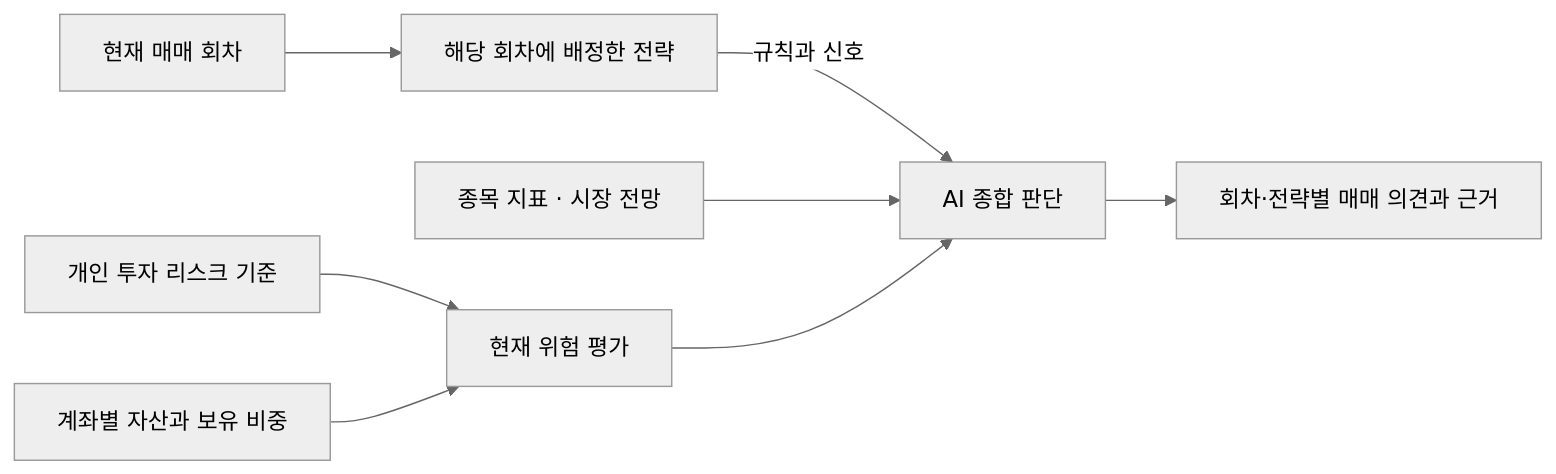
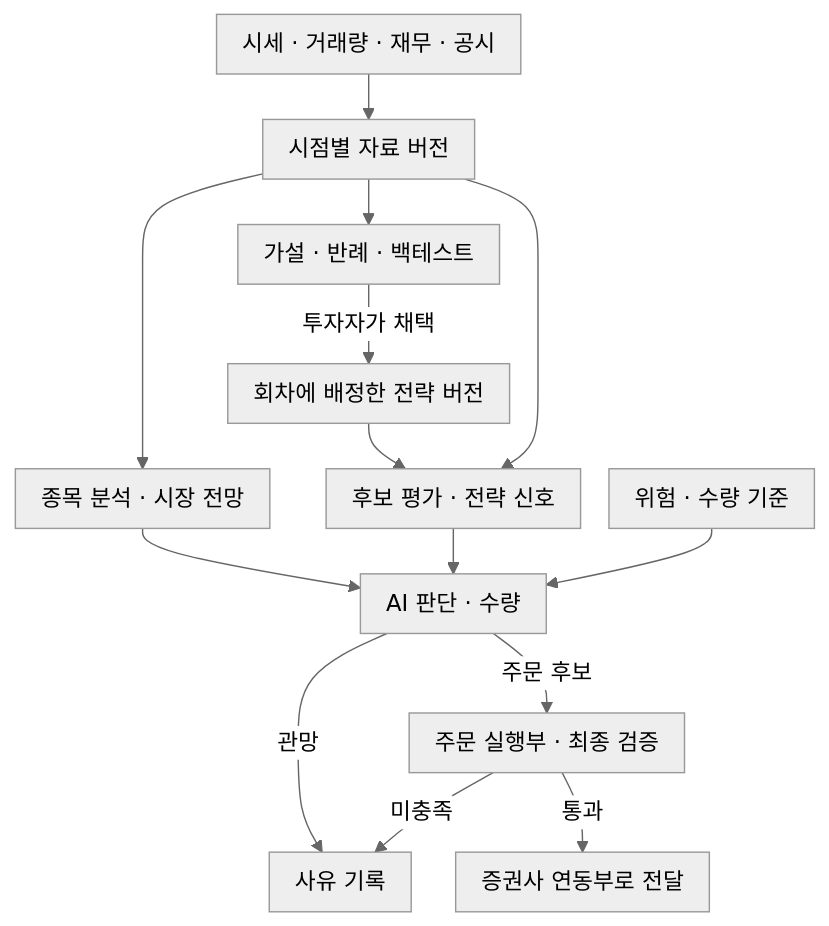
Before and after one commit to vaynel/stockpilot: the third of 4 diagrams in 01. 전체 아키텍처.md, drawn with Mermaid (neutral theme). The commit also changed other lines of this file and 44 other files, not shown here.

````diff
--- a/01. 전체 아키텍처.md
+++ b/01. 전체 아키텍처.md
@@ -49,10 +62,17 @@
 ```mermaid
-flowchart LR
-    session["현재 매매 회차"] --> assigned["해당 회차에 배정한 전략"]
-    assigned -->|규칙과 신호| ai["AI 종합 판단"]
-    inputs["종목 지표 · 시장 전망"] --> ai
-    policy["개인 투자 리스크 기준"] --> risk["현재 위험 평가"]
-    holdings["계좌별 자산과 보유 비중"] --> risk
-    risk --> ai
-    ai --> decision["회차·전략별 매매 의견과 근거"]
+%%{init: {"flowchart": {"nodeSpacing": 20, "rankSpacing": 32, "padding": 9}}}%%
+flowchart TD
+    src["시세 · 거래량 · 재무 · 공시"] --> history["시점별 자료 버전"]
+    history --> lab["가설 · 반례 · 백테스트"]
+    lab -->|투자자가 채택| rule["회차에 배정한 전략 버전"]
+    rule --> signal["후보 평가 · 전략 신호"]
+    history --> analysis["종목 분석 · 시장 전망"]
+    history --> signal
+    analysis --> ai["AI 판단 · 수량"]
+    signal --> ai
+    risk["위험 · 수량 기준"] --> ai
+    ai -->|주문 후보| gate["주문 실행부 · 최종 검증"]
+    ai -->|관망| log["사유 기록"]
+    gate -->|미충족| log
+    gate -->|통과| live["증권사 연동부로 전달"]
 ```
````
